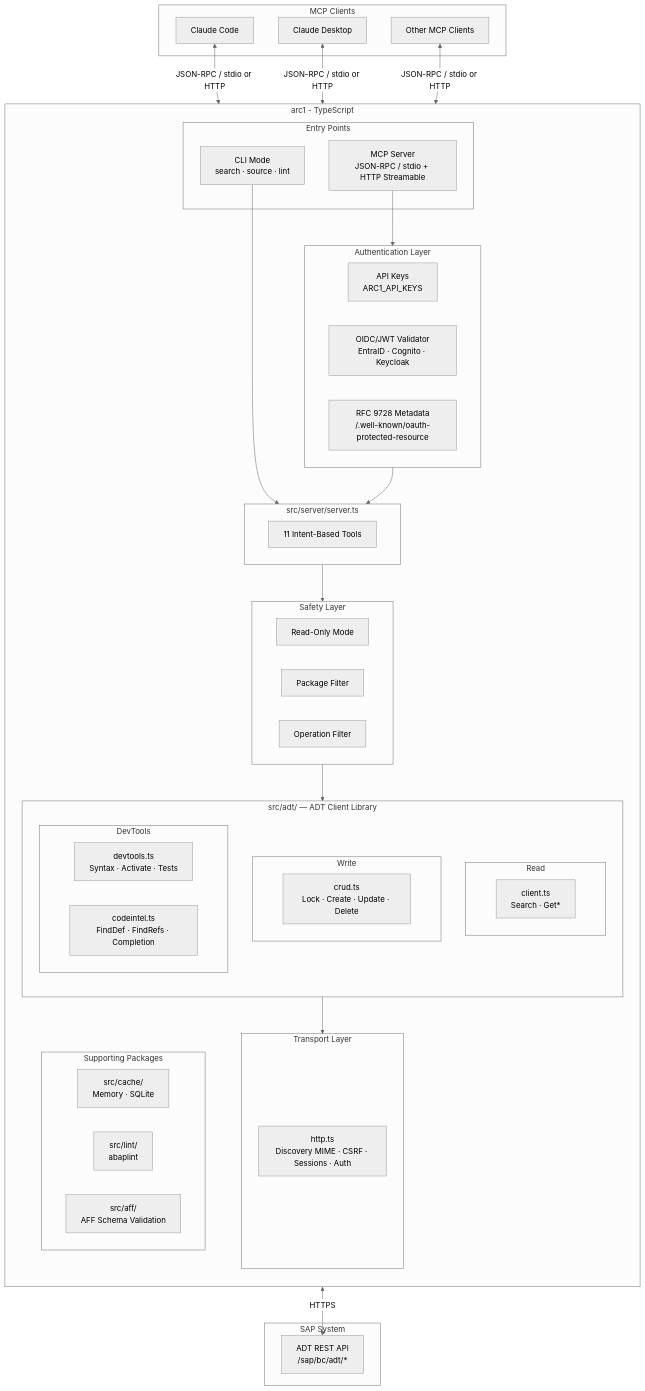
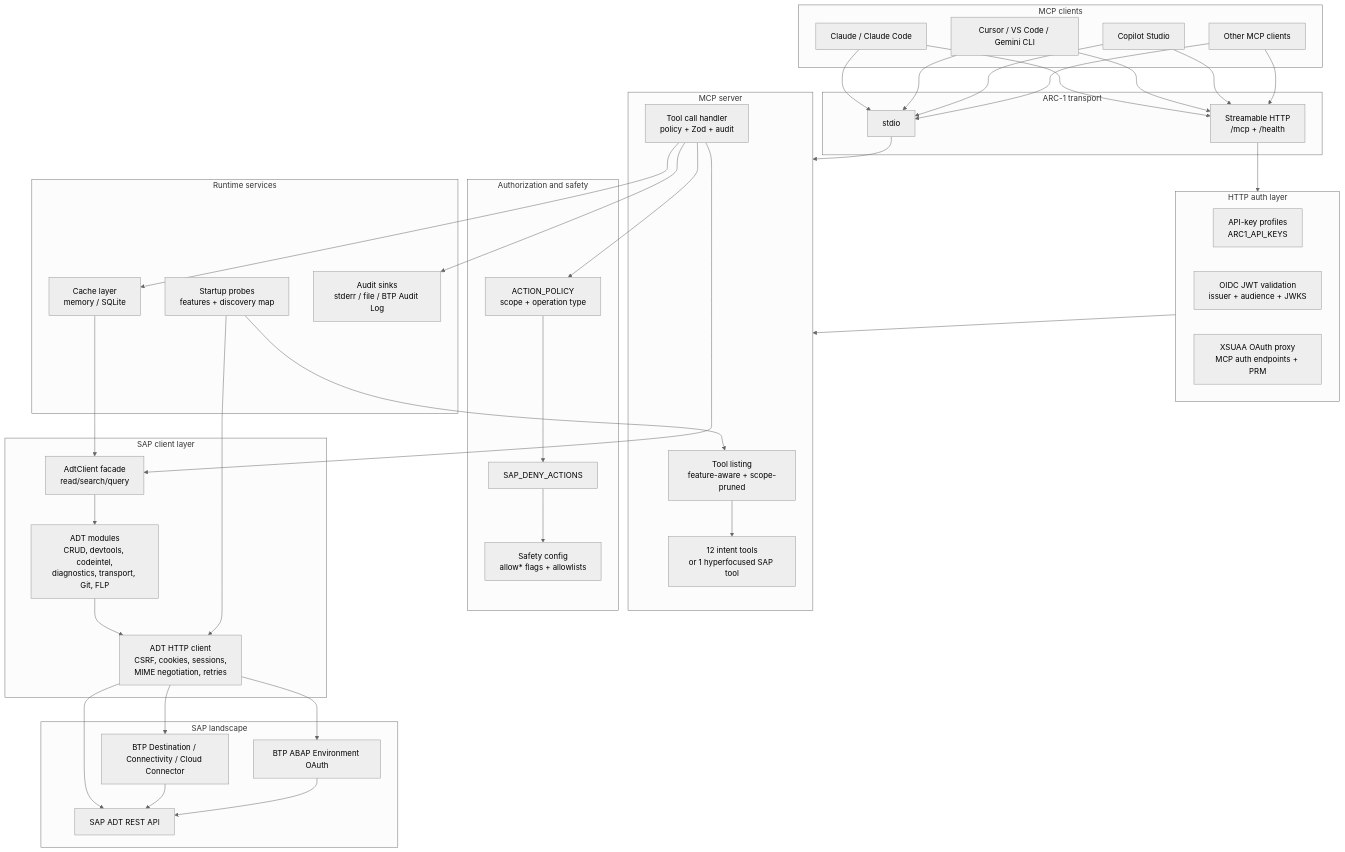
The first of 8 diagrams in docs_page/architecture.md (marianfoo/arc-1), drawn with Mermaid (neutral theme) before and after one commit. The commit also changed other lines of this file, not shown here.

Commit message:
chore: refresh architecture guide

````diff
--- a/docs_page/architecture.md
+++ b/docs_page/architecture.md
@@ -5,71 +27,67 @@
 ```mermaid
 flowchart TB
-    subgraph Clients["MCP Clients"]
-        CC[Claude Code]
-        CD[Claude Desktop]
-        Other[Other MCP Clients]
+    subgraph Clients["MCP clients"]
+        Claude[Claude / Claude Code]
+        IDE[Cursor / VS Code / Gemini CLI]
+        Copilot[Copilot Studio]
+        Other[Other MCP clients]
     end
 
-    subgraph ARC1["arc1 - TypeScript"]
-        direction TB
-
-        subgraph Entry["Entry Points"]
-            MCP[MCP Server<br/>JSON-RPC / stdio + HTTP Streamable]
-            CLI[CLI Mode<br/>search · source · lint]
-        end
-
-        subgraph Auth["Authentication Layer"]
-            APIKEY[API Keys<br/>ARC1_API_KEYS]
-            OIDC[OIDC/JWT Validator<br/>EntraID · Cognito · Keycloak]
-            PRM[RFC 9728 Metadata<br/>/.well-known/oauth-protected-resource]
-        end
-
-        subgraph Core["src/server/server.ts"]
-            direction LR
-            Tools[11 Intent-Based Tools]
-        end
-
-        subgraph Safety["Safety Layer"]
-            RO[Read-Only Mode]
-            PF[Package Filter]
-            OF[Operation Filter]
-        end
-
-        subgraph ADTLib["src/adt/ — ADT Client Library"]
-            direction TB
-            subgraph Read["Read"]
-                client[client.ts<br/>Search · Get*]
-            end
-            subgraph Write["Write"]
-                crud[crud.ts<br/>Lock · Create · Update · Delete]
-            end
-            subgraph DevTools["DevTools"]
-                devtools[devtools.ts<br/>Syntax · Activate · Tests]
-                codeintel[codeintel.ts<br/>FindDef · FindRefs · Completion]
-            end
-        end
-
-        subgraph TransportLayer["Transport Layer"]
-            HTTP[http.ts<br/>Discovery MIME · CSRF · Sessions · Auth]
-        end
-
-        subgraph Packages["Supporting Packages"]
-            Cache[src/cache/<br/>Memory · SQLite]
-            Lint[src/lint/<br/>abaplint]
-            AFF[src/aff/<br/>AFF Schema Validation]
-        end
+    subgraph Transport["ARC-1 transport"]
+        Stdio[stdio]
+        HTTP[Streamable HTTP<br/>/mcp + /health]
     end
 
-    subgraph SAP["SAP System"]
-        ADT[ADT REST API<br/>/sap/bc/adt/*]
+    subgraph Auth["HTTP auth layer"]
+        ApiKey[API-key profiles<br/>ARC1_API_KEYS]
+        OIDC[OIDC JWT validation<br/>issuer + audience + JWKS]
+        XSUAA[XSUAA OAuth proxy<br/>MCP auth endpoints + PRM]
     end
 
-    CC & CD & Other <-->|"JSON-RPC / stdio or HTTP"| MCP
-    CLI --> Core
-    MCP --> Auth
-    Auth --> Core
-    Core --> Safety
-    Safety --> ADTLib
-    ADTLib --> TransportLayer
-    HTTP <-->|HTTPS| ADT
+    subgraph Server["MCP server"]
+        ListTools[Tool listing<br/>feature-aware + scope-pruned]
+        Handler[Tool call handler<br/>policy + Zod + audit]
+        Tools[12 intent tools<br/>or 1 hyperfocused SAP tool]
+    end
+
+    subgraph Policy["Authorization and safety"]
+        ActionPolicy[ACTION_POLICY<br/>scope + operation type]
+        Deny[SAP_DENY_ACTIONS]
+        Safety[Safety config<br/>allow* flags + allowlists]
+    end
+
+    subgraph Runtime["Runtime services"]
+        Cache[Cache layer<br/>memory / SQLite]
+        Probe[Startup probes<br/>features + discovery map]
+        Audit[Audit sinks<br/>stderr / file / BTP Audit Log]
+    end
+
+    subgraph ADT["SAP client layer"]
+        Facade[AdtClient facade<br/>read/search/query]
+        Modules[ADT modules<br/>CRUD, devtools, codeintel,<br/>diagnostics, transport, Git, FLP]
+        HttpClient[ADT HTTP client<br/>CSRF, cookies, sessions,<br/>MIME negotiation, retries]
+    end
+
+    subgraph SAP["SAP landscape"]
+        ADTAPI[SAP ADT REST API]
+        BTP[BTP Destination / Connectivity / Cloud Connector]
+        ABAP[BTP ABAP Environment OAuth]
+    end
+
+    Claude & IDE & Copilot & Other --> Stdio
+    Claude & IDE & Copilot & Other --> HTTP
+    HTTP --> Auth
+    Auth --> Server
+    Stdio --> Server
+    ListTools --> Tools
+    Handler --> ActionPolicy --> Deny --> Safety
+    Handler --> Cache
+    Handler --> Audit
+    Handler --> Facade --> Modules --> HttpClient
+    Probe --> ListTools
+    Probe --> HttpClient
+    Cache --> Facade
+    HttpClient --> ADTAPI
+    HttpClient --> BTP --> ADTAPI
+    HttpClient --> ABAP --> ADTAPI
 ```
````
